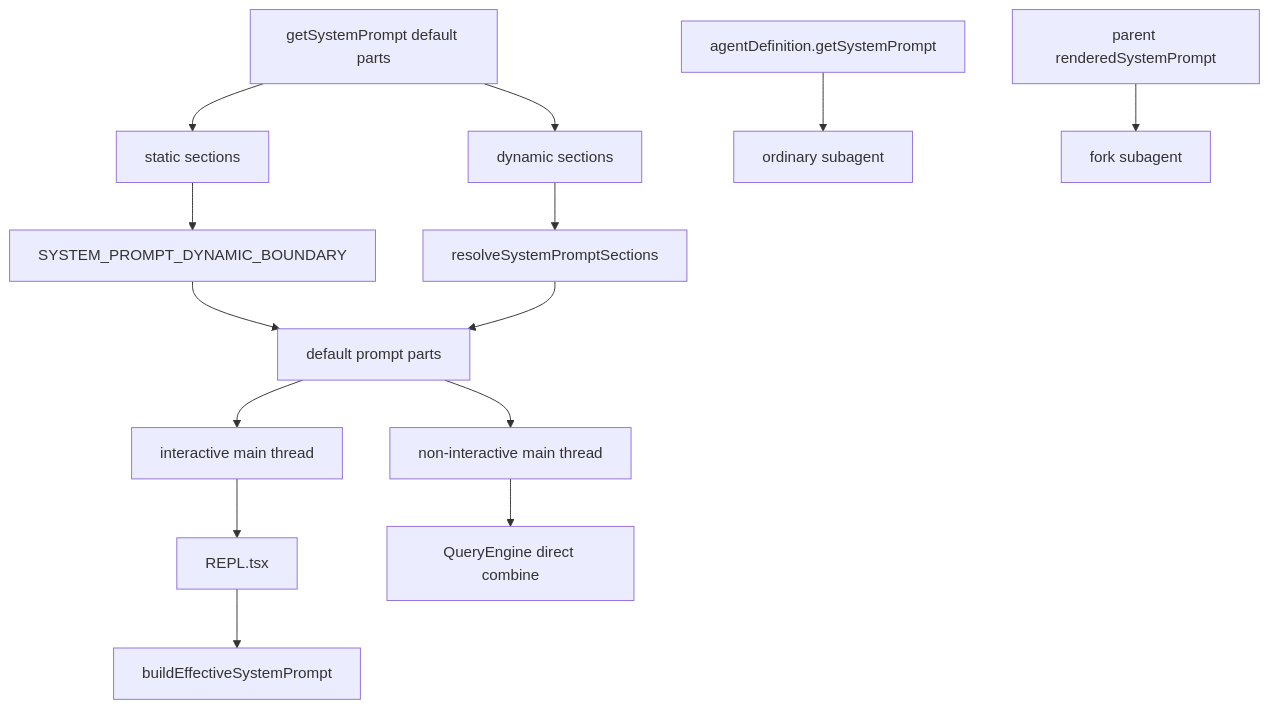
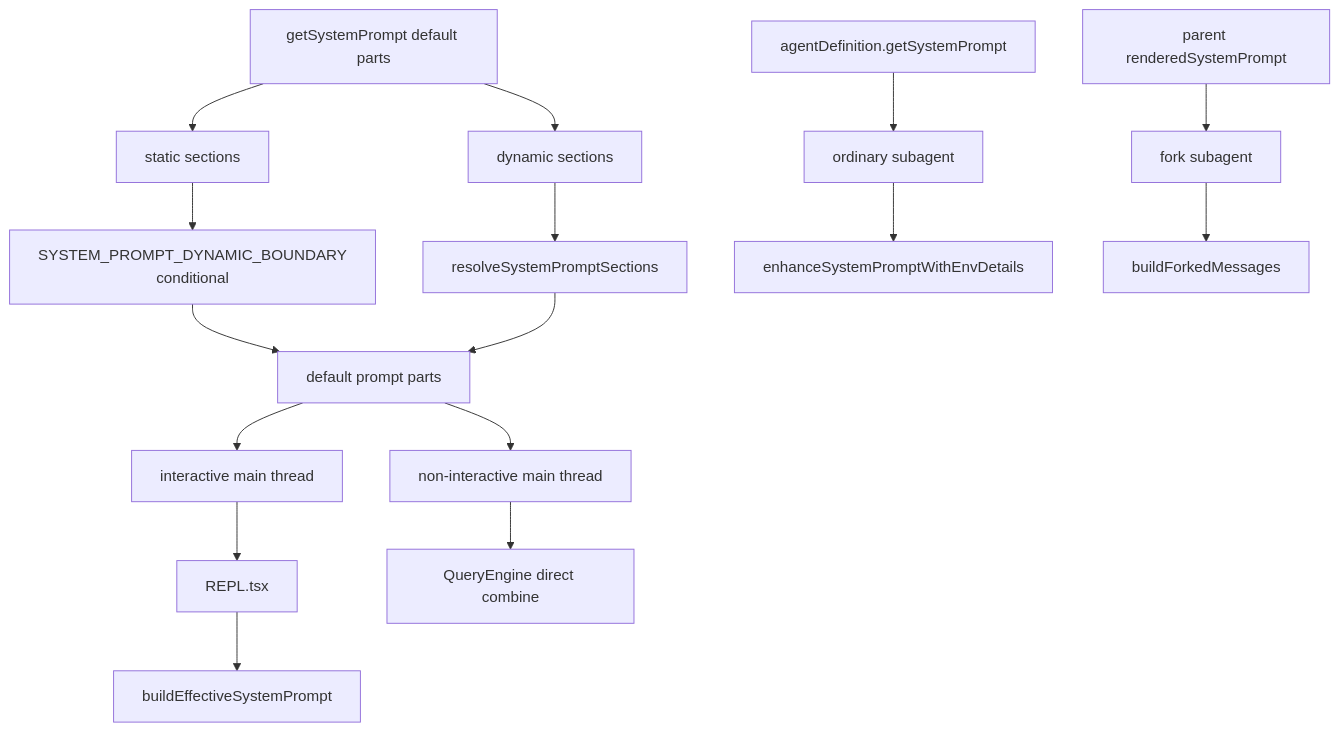
The diagram in MODULES/08-prompts-config-and-other-moats/DEEP/README.md (Boulea7/ClaudeCode-Source-DeepDive), drawn with Mermaid before and after one commit. The commit also changed other lines of this file and 7 other files, not shown here.

````diff
--- a/MODULES/08-prompts-config-and-other-moats/DEEP/README.md
+++ b/MODULES/08-prompts-config-and-other-moats/DEEP/README.md
@@ -166,19 +171,22 @@
 ```mermaid
 flowchart TD
     A[getSystemPrompt default parts] --> B[static sections]
     A --> C[dynamic sections]
-    B --> D[SYSTEM_PROMPT_DYNAMIC_BOUNDARY]
+    B --> D[SYSTEM_PROMPT_DYNAMIC_BOUNDARY<br/>conditional]
     C --> E[resolveSystemPromptSections]
     D --> F[default prompt parts]
     E --> F
 
     F --> G[interactive main thread]
     G --> H[REPL.tsx]
     H --> I[buildEffectiveSystemPrompt]
 
     F --> J[non-interactive main thread]
     J --> K[QueryEngine direct combine]
 
     L[agentDefinition.getSystemPrompt] --> M[ordinary subagent]
-    N[parent renderedSystemPrompt] --> O[fork subagent]
+    M --> N[enhanceSystemPromptWithEnvDetails]
+
+    O[parent renderedSystemPrompt] --> P[fork subagent]
+    P --> Q[buildForkedMessages]
 ```
````
